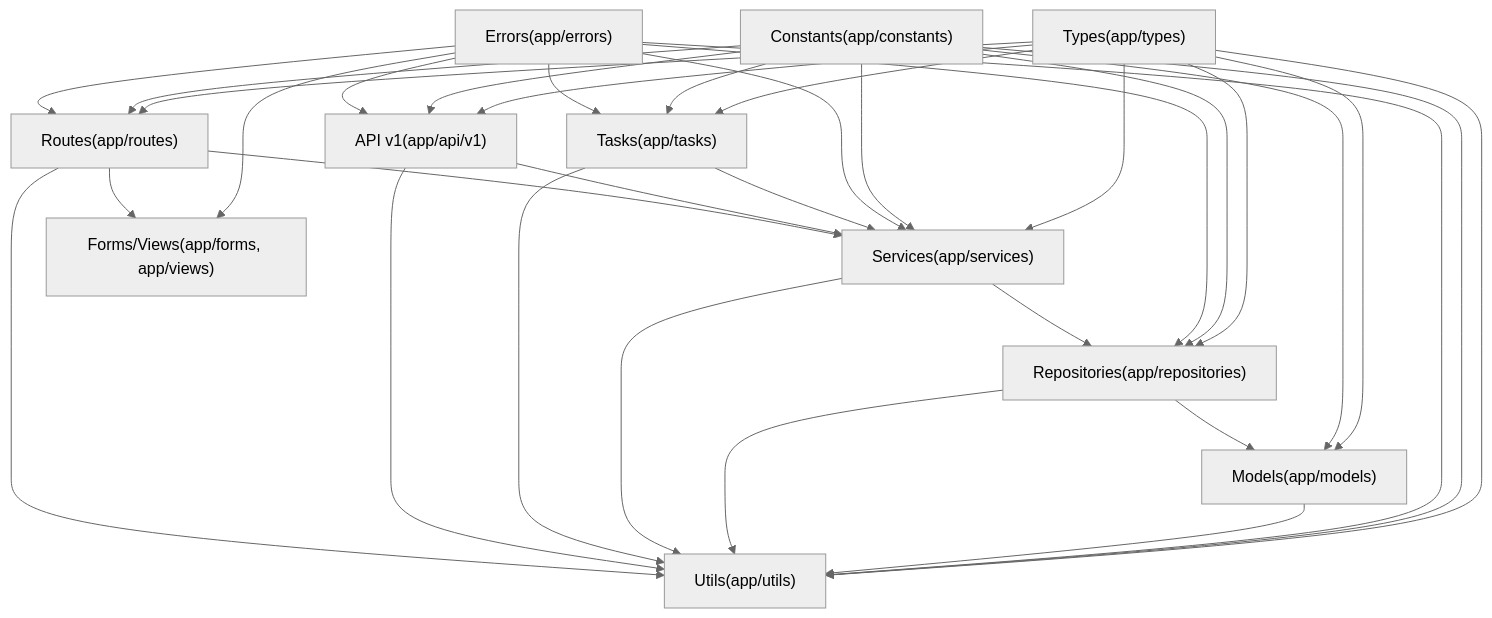
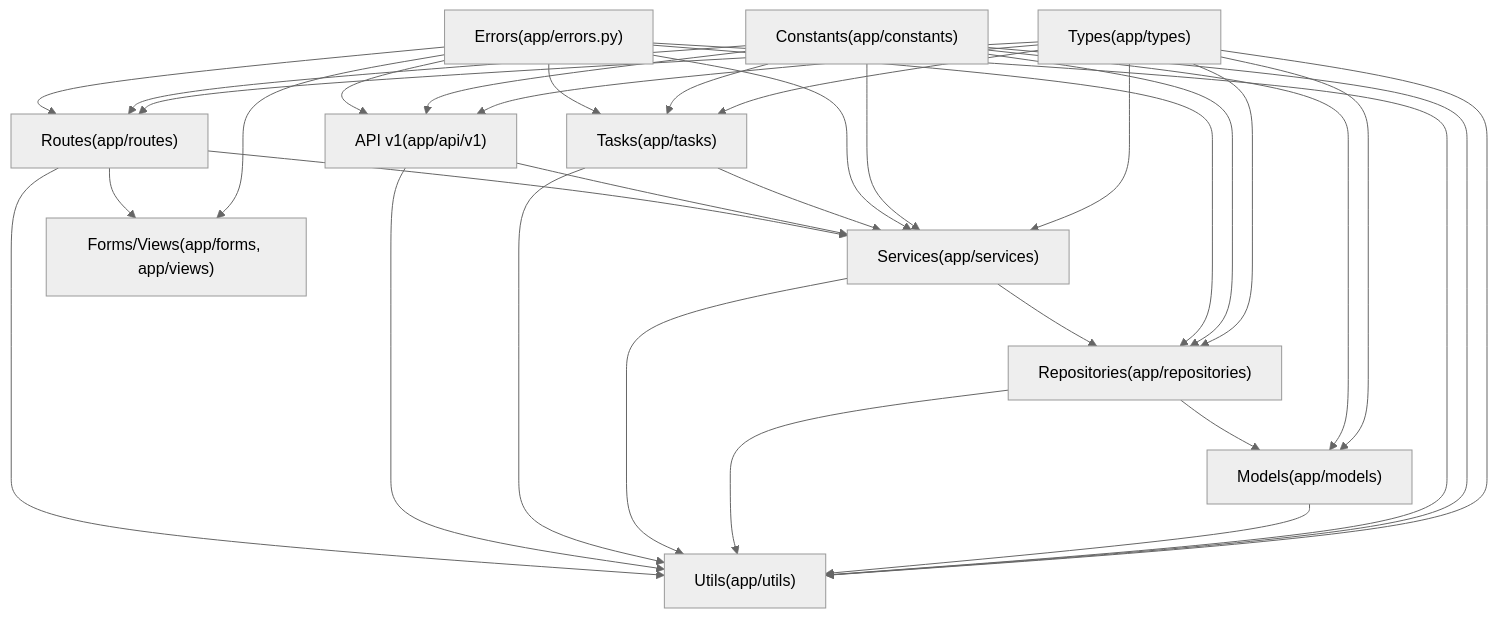
The diagram in docs/Obsidian/standards/backend/layer/README.md (nyealovey/WhaleFall), drawn with Mermaid (neutral theme) before and after one commit. The commit also changed other lines of this file and 8 other files, not shown here.

````diff
--- a/docs/Obsidian/standards/backend/layer/README.md
+++ b/docs/Obsidian/standards/backend/layer/README.md
@@ -25,24 +25,24 @@
 ```mermaid
 graph TD
   Routes["Routes(app/routes)"]
   API["API v1(app/api/v1)"]
   Tasks["Tasks(app/tasks)"]
   Services["Services(app/services)"]
   Repositories["Repositories(app/repositories)"]
   Models["Models(app/models)"]
   FormsViews["Forms/Views(app/forms, app/views)"]
   Utils["Utils(app/utils)"]
-  Errors["Errors(app/errors)"]
+  Errors["Errors(app/errors.py)"]
   Constants["Constants(app/constants)"]
   Types["Types(app/types)"]
 
   Routes --> Services & FormsViews & Utils
   API --> Services & Utils
   Tasks --> Services & Utils
   Services --> Repositories & Utils
   Repositories --> Models & Utils
   Models --> Utils
   Errors --> Routes & API & Tasks & Services & Repositories & FormsViews & Utils
   Constants --> Routes & API & Tasks & Services & Repositories & Models & Utils
   Types --> Routes & API & Tasks & Services & Repositories & Models & Utils
 ```
````
